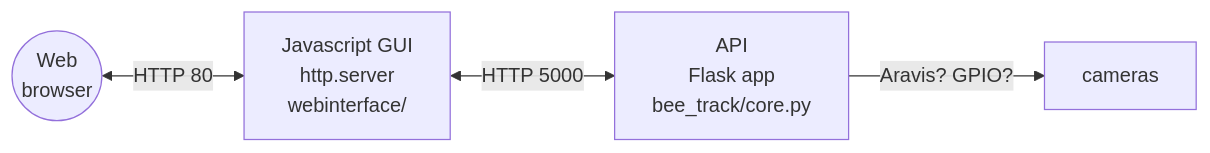
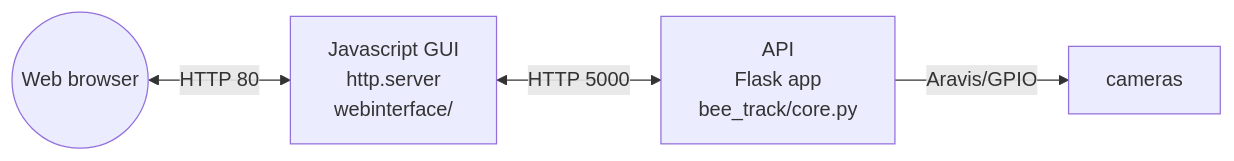
One commit to rcgsheffield/bee_track changed the first of 2 diagrams in README.md. Above: the diagram before and after it, drawn with Mermaid.

````diff
--- a/README.md
+++ b/README.md
@@ -89,10 +89,10 @@
 ```mermaid
 flowchart LR
-user(("Web\nbrowser"))
-backend[API\nFlask app\nbee_track/core.py]
-frontend[Javascript GUI\nhttp.server\nwebinterface/]
-cameras
-user <--"HTTP 80" --> frontend
-frontend <--"HTTP 5000"--> backend
-backend --"Aravis? GPIO?"--> cameras
+    user(("Web browser"))
+    backend[API\nFlask app\nbee_track/core.py]
+    frontend[Javascript GUI\nhttp.server\nwebinterface/]
+    cameras
+    user <--"HTTP 80" --> frontend
+    frontend <--"HTTP 5000"--> backend
+    backend --"Aravis/GPIO"--> cameras
 ```
````
